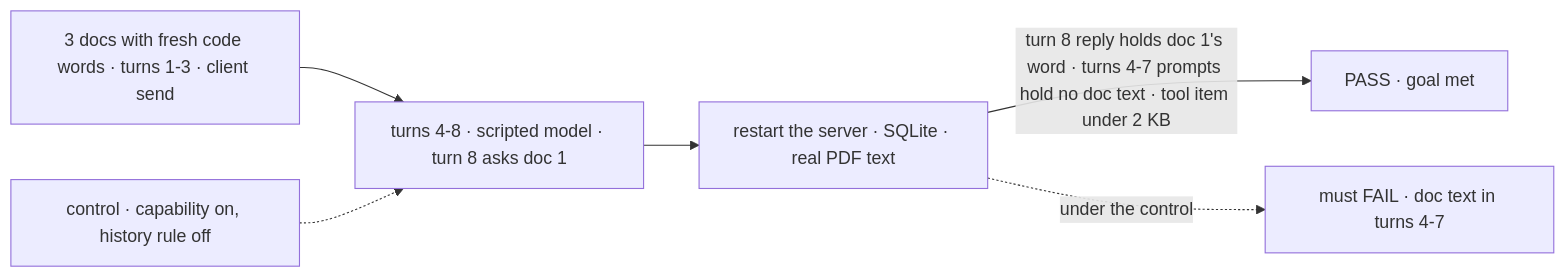
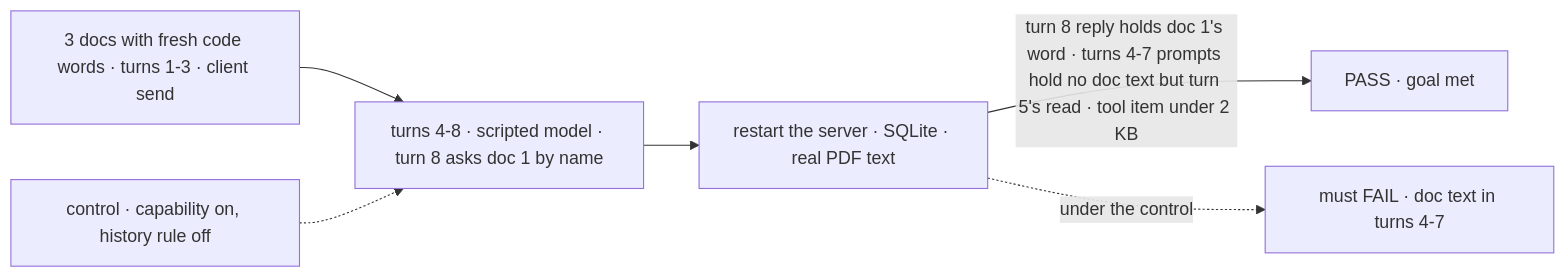
The first of 2 diagrams in specs/issues/FIX-2636/SPEC.md (fixpoint-labs/flow-state-dev), drawn with Mermaid before and after one commit. The commit also changed other lines of this file and 3 other files, not shown here.

First line of the commit message:
spec(FIX-2636): a file outside both windows is read by name; name the ItemQuery key

````diff
--- a/specs/issues/FIX-2636/SPEC.md
+++ b/specs/issues/FIX-2636/SPEC.md
@@ -29,8 +29,8 @@
 ```mermaid
 flowchart LR
-  I["3 docs with fresh code words · turns 1-3 · client send"] --> T["turns 4-8 · scripted model · turn 8 asks doc 1"]
+  I["3 docs with fresh code words · turns 1-3 · client send"] --> T["turns 4-8 · scripted model · turn 8 asks doc 1 by name"]
   T --> R["restart the server · SQLite · real PDF text"]
-  R -->|"turn 8 reply holds doc 1's word · turns 4-7 prompts hold no doc text · tool item under 2 KB"| P["PASS · goal met"]
+  R -->|"turn 8 reply holds doc 1's word · turns 4-7 prompts hold no doc text but turn 5's read · tool item under 2 KB"| P["PASS · goal met"]
   C["control · capability on, history rule off"] -.-> T
   R -.->|"under the control"| F["must FAIL · doc text in turns 4-7"]
 ```
````
